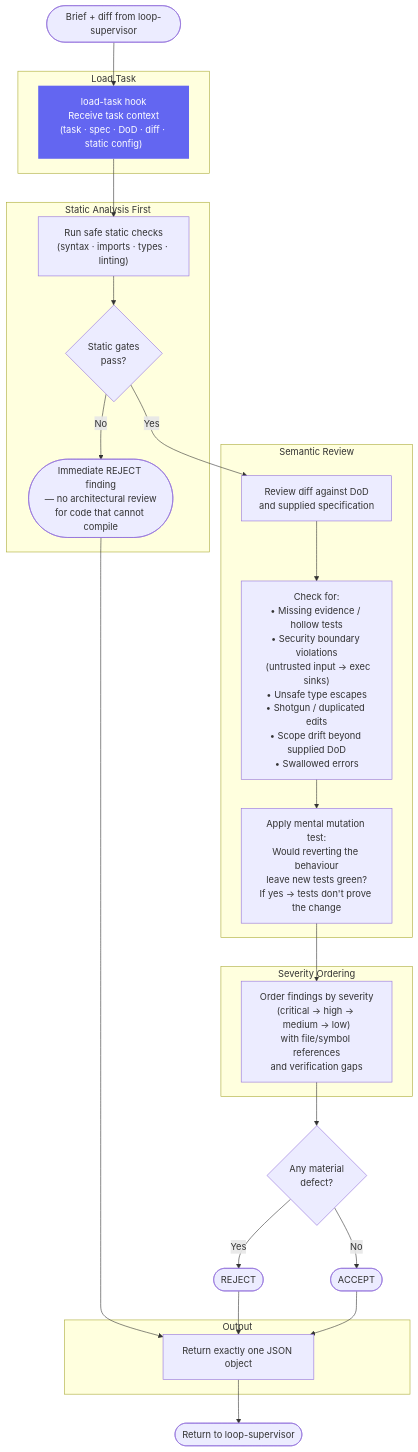
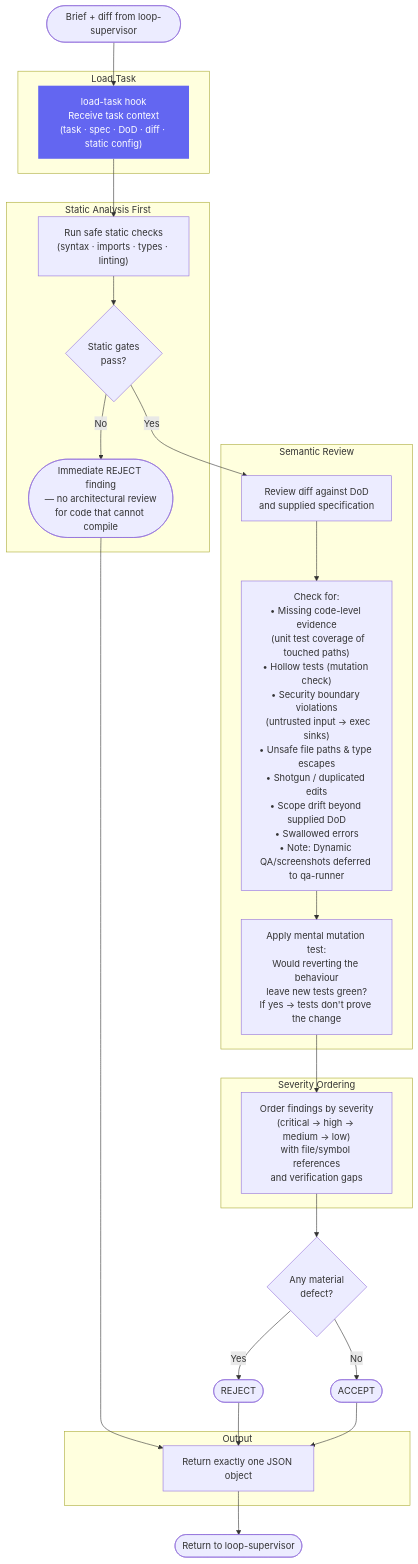
Before and after one commit to ericmaster/agent-fabric: the diagram in docs/architecture/code-reviewer.md, drawn with Mermaid. The commit also changed other lines of this file and 13 other files, not shown here.

Commit message:
feat(seo): add comprehensive SEO metadata, OpenGraph cards, JSON-LD schemas, and visual assets

````diff
--- a/docs/architecture/code-reviewer.md
+++ b/docs/architecture/code-reviewer.md
@@ -10,50 +10,50 @@
 ```mermaid
 flowchart TD
     START([Brief + diff from loop-supervisor]) --> LT
 
     subgraph "Load Task"
         LT["load-task hook\nReceive task context\n(task · spec · DoD · diff · static config)"]
     end
 
     LT --> STATIC
 
     subgraph "Static Analysis First"
         STATIC["Run safe static checks\n(syntax · imports · types · linting)"]
         STATIC_FAIL{Static gates\npass?}
         REJECT_STATIC([Immediate REJECT finding\n— no architectural review\nfor code that cannot compile])
     end
 
     STATIC --> STATIC_FAIL
     STATIC_FAIL -- No --> REJECT_STATIC --> OUTPUT
     STATIC_FAIL -- Yes --> SEMANTIC
 
     subgraph "Semantic Review"
         SEMANTIC["Review diff against DoD\nand supplied specification"]
 
-        CHECK_LIST["Check for:\n• Missing evidence / hollow tests\n• Security boundary violations\n  (untrusted input → exec sinks)\n• Unsafe type escapes\n• Shotgun / duplicated edits\n• Scope drift beyond supplied DoD\n• Swallowed errors"]
+        CHECK_LIST["Check for:\n• Missing code-level evidence\n  (unit test coverage of touched paths)\n• Hollow tests (mutation check)\n• Security boundary violations\n  (untrusted input → exec sinks)\n• Unsafe file paths & type escapes\n• Shotgun / duplicated edits\n• Scope drift beyond supplied DoD\n• Swallowed errors\n• Note: Dynamic QA/screenshots deferred to qa-runner"]
 
         MUTATION["Apply mental mutation test:\nWould reverting the behaviour\nleave new tests green?\nIf yes → tests don't prove the change"]
     end
 
     SEMANTIC --> CHECK_LIST --> MUTATION --> SEVERITY
 
     subgraph "Severity Ordering"
         SEVERITY["Order findings by severity\n(critical → high → medium → low)\nwith file/symbol references\nand verification gaps"]
     end
 
     SEVERITY --> VERDICT{Any material\ndefect?}
 
     VERDICT -- Yes --> REJECT([REJECT])
     VERDICT -- No --> ACCEPT([ACCEPT])
 
     REJECT --> OUTPUT
     ACCEPT --> OUTPUT
 
     subgraph "Output"
         OUTPUT["Return exactly one JSON object"]
     end
 
     OUTPUT --> DONE([Return to loop-supervisor])
 
     style LT fill:#6366f1,color:#fff,stroke:none
 ```
````
